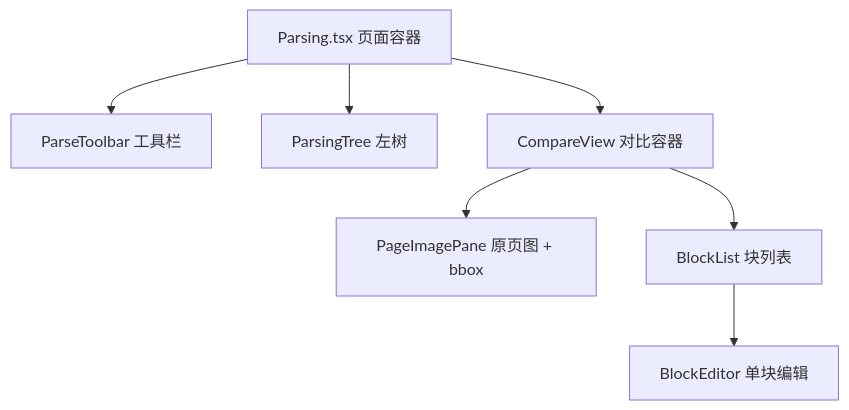
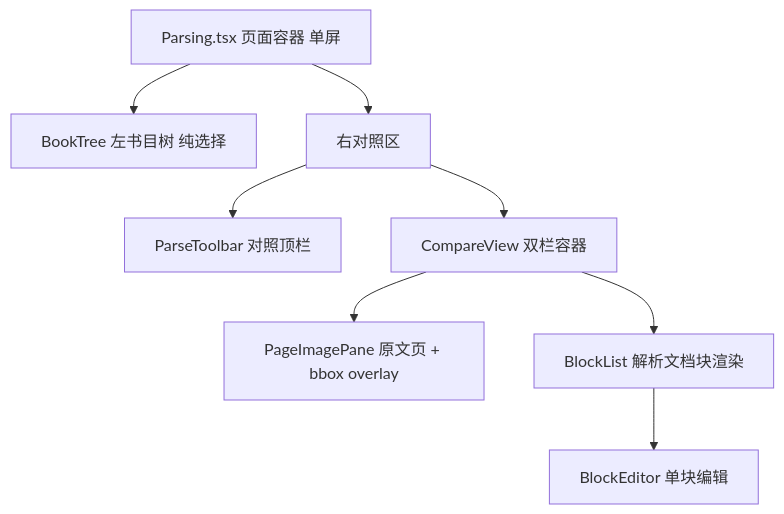
The diagram in docs/design/parsing-ui.md (swfswf1234/QED-Engine), drawn with Mermaid before and after one commit. The commit also changed other lines of this file and 22 other files, not shown here.

````diff
--- a/docs/design/parsing-ui.md
+++ b/docs/design/parsing-ui.md
@@ -39,9 +60,10 @@
 ```mermaid
 flowchart TD
-    P[Parsing.tsx 页面容器] --> T[ParseToolbar 工具栏]
-    P --> TR[ParsingTree 左树]
-    P --> CV[CompareView 对比容器]
-    CV --> PI[PageImagePane 原页图 + bbox]
-    CV --> BL[BlockList 块列表]
+    P[Parsing.tsx 页面容器 单屏] --> BT[BookTree 左书目树 纯选择]
+    P --> C[右对照区]
+    C --> TB[ParseToolbar 对照顶栏]
+    C --> CV[CompareView 双栏容器]
+    CV --> PI[PageImagePane 原文页 + bbox overlay]
+    CV --> BL[BlockList 解析文档块渲染]
     BL --> BE[BlockEditor 单块编辑]
 ```
````
